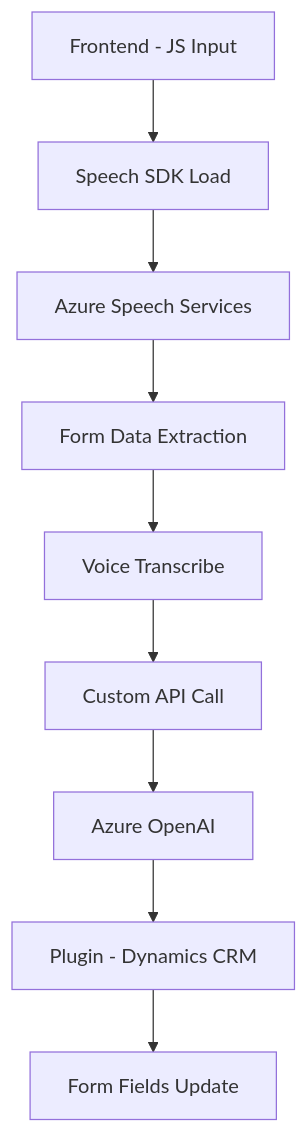
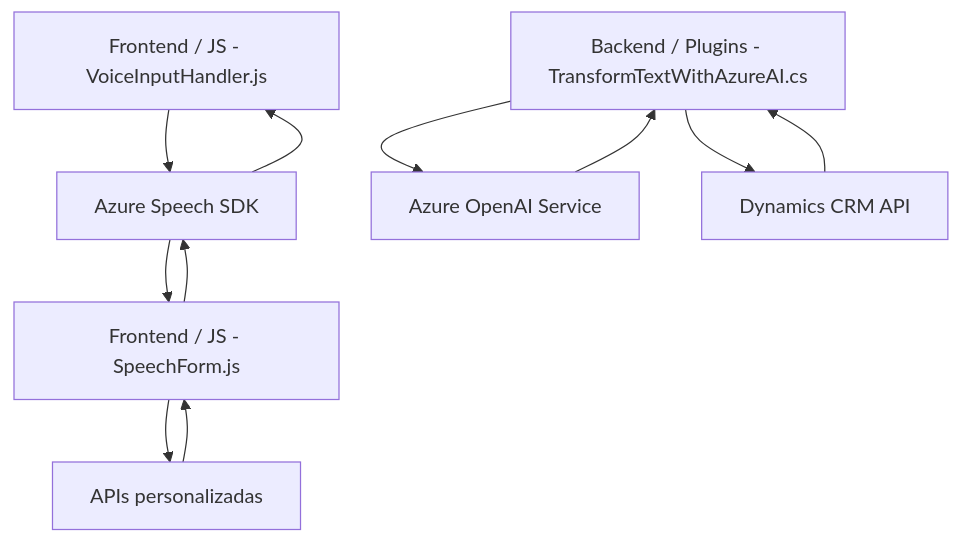
The diagram in README.md (blopezdm/NETCORE_BILBAO2025), drawn with Mermaid before and after one commit. The commit also changed other lines of this file, not shown here.

````diff
--- a/README.md
+++ b/README.md
@@ -34,16 +55,21 @@
 ```mermaid
 graph TD
-    A["Frontend - JS Input"]
-    B["Speech SDK Load"]
-    C["Azure Speech Services"]
-    D["Form Data Extraction"]
-    E["Voice Transcribe"]
-    F["Custom API Call"]
-    G["Azure OpenAI"]
-    H["Plugin - Dynamics CRM"]
-    I["Form Fields Update"]
+    A["Frontend / JS - VoiceInputHandler.js"]
+    B["Frontend / JS - SpeechForm.js"]
+    C["Backend / Plugins - TransformTextWithAzureAI.cs"]
+    D["Azure Speech SDK"]
+    E["Azure OpenAI Service"]
+    F["Dynamics CRM API"]
+    G["APIs personalizadas"]
 
-    A --> B--> C--> D --> E
-    E --> F--> G --> H
-    H --> I
+    A --> D
+    B --> D
+    B --> G
+    C --> E
+    C --> F
+    D --> A
+    D --> B
+    E --> C
+    G --> B
+    F --> C
 ```
````
